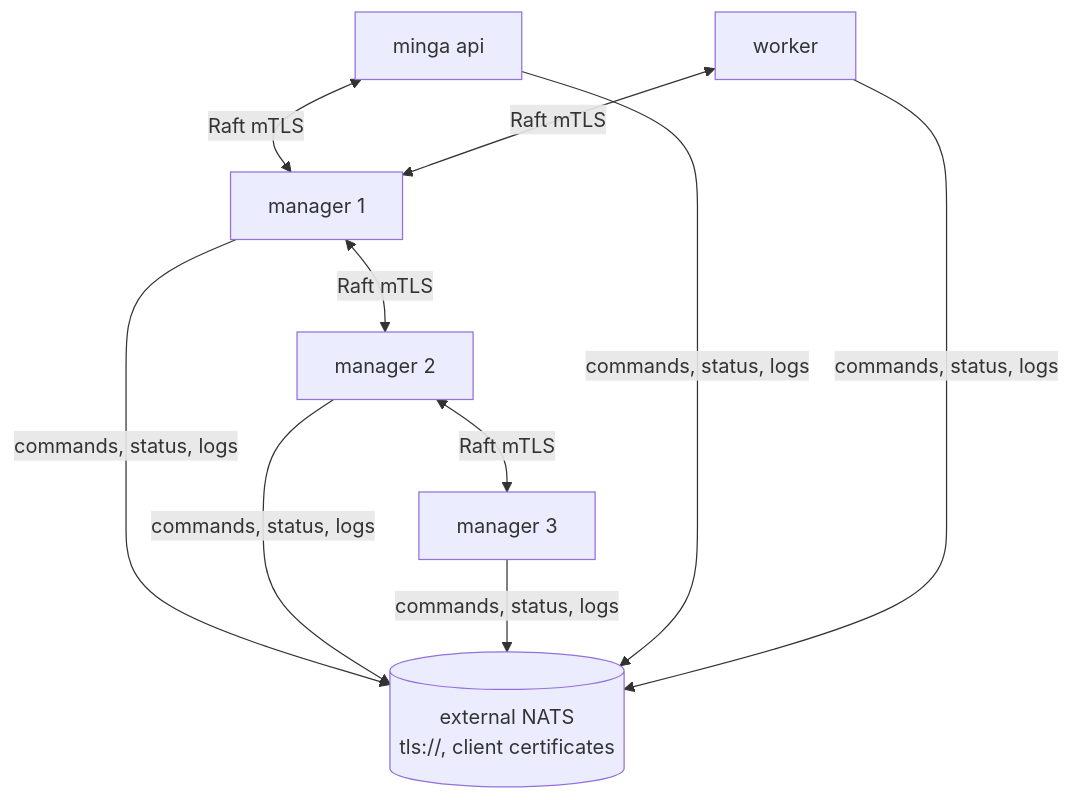
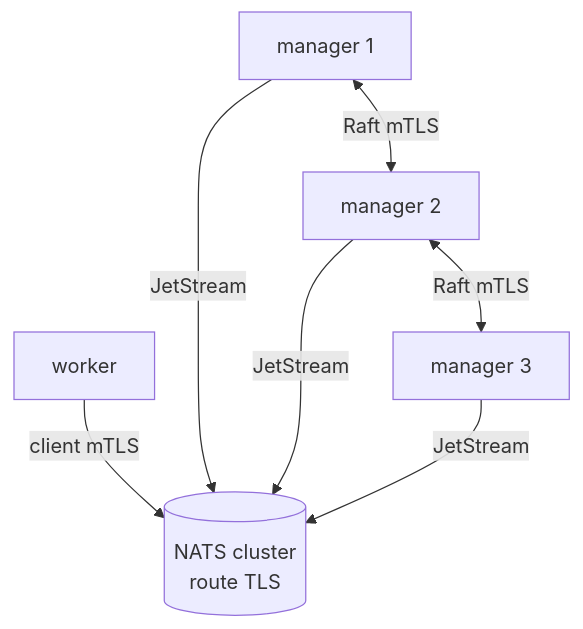
One commit to lithqube/minga changed the second of 2 diagrams in docs/topologies.md. Above: the diagram before and after it, drawn with Mermaid. The commit also changed other lines of this file and 6 other files, not shown here.

````diff
--- a/docs/topologies.md
+++ b/docs/topologies.md
@@ -123,9 +123,8 @@
 ```mermaid
 flowchart TB
-  natsx[("external NATS<br/>tls://, client certificates")]
+  natsx[("NATS cluster<br/>route TLS")]
   m1["manager 1"] <-->|Raft mTLS| m2["manager 2"]
   m2 <-->|Raft mTLS| m3["manager 3"]
-  a["minga api"] <-->|Raft mTLS| m1
-  w["worker"] <-->|Raft mTLS| m1
-  m1 & m2 & m3 & a & w -->|commands, status, logs| natsx
+  w["worker"] -->|client mTLS| natsx
+  m1 & m2 & m3 -->|JetStream| natsx
 ```
````
